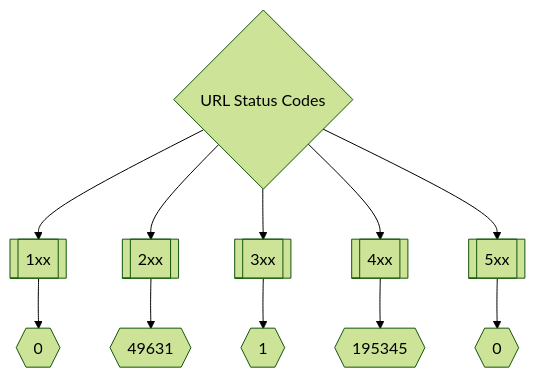
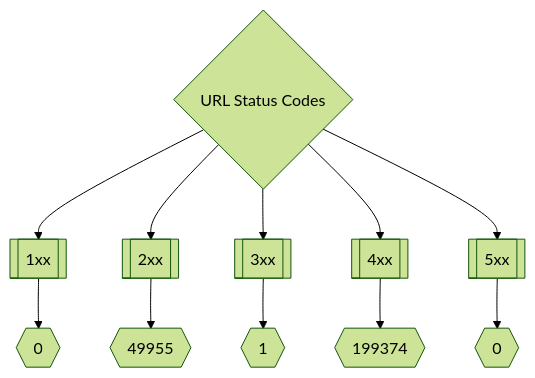
One commit to trickest/inventory changed the second of 3 diagrams in README.md. Above: the diagram before and after it, drawn with Mermaid (forest theme). The commit also changed other lines of this file and 120 other files, not shown here.

````diff
--- a/README.md
+++ b/README.md
@@ -173,8 +173,8 @@
 ```mermaid
 graph TD
 title{URL Status Codes} --> 1xx[[1xx]] --> status1xxNum{{0}}
-title --> 2xx[[2xx]] --> status2xxNum{{49631}}
+title --> 2xx[[2xx]] --> status2xxNum{{49955}}
 title --> 3xx[[3xx]] --> status3xxNum{{1}}
-title --> 4xx[[4xx]] --> status4xxNum{{195345}}
+title --> 4xx[[4xx]] --> status4xxNum{{199374}}
 title --> 5xx[[5xx]] --> status5xxNum{{0}}
 ```
````
